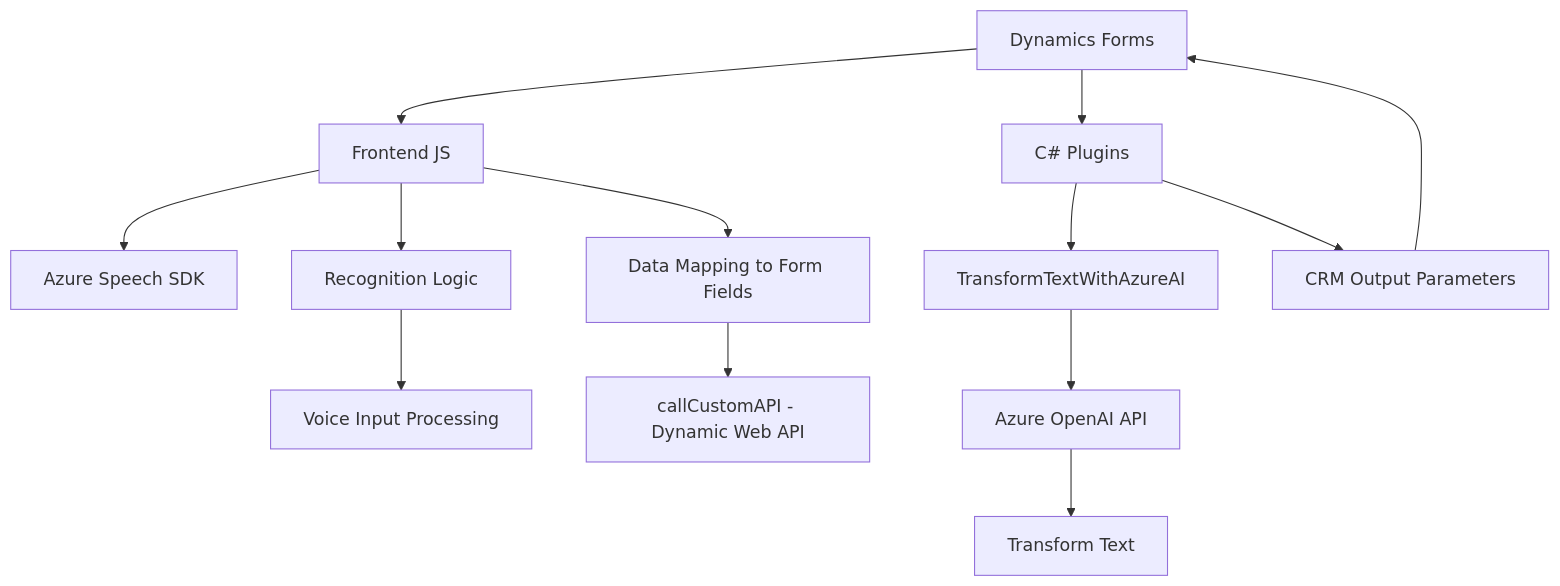
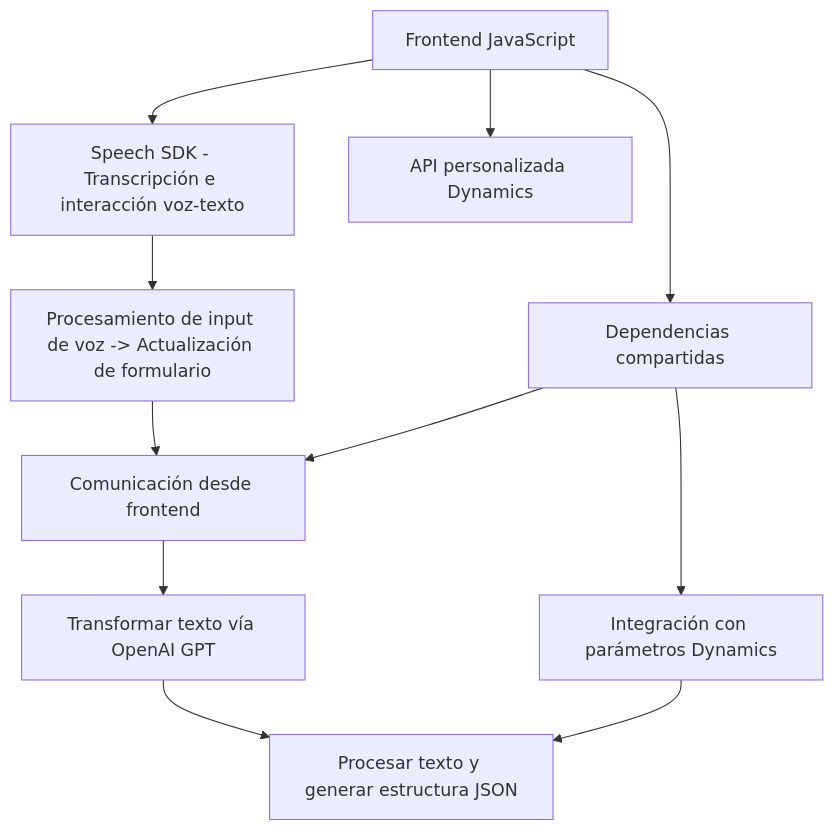
One commit to blopezdm/NETCORE_BILBAO2025 changed the diagram in README.md. Above: the diagram before and after it, drawn with Mermaid. The commit also changed other lines of this file, not shown here.

Commit message:
Actualizar análisis global de la solución con IA

````diff
--- a/README.md
+++ b/README.md
@@ -54,16 +50,16 @@
 ```mermaid
 graph TD
-    A["Dynamics Forms"] --> B["Frontend JS"]
-    B --> C["Azure Speech SDK"]
-    B --> D["Recognition Logic"]
-    D --> E["Voice Input Processing"]
-    B --> F["Data Mapping to Form Fields"]
-    F --> G["callCustomAPI - Dynamic Web API"]
+    A["Frontend JavaScript"] --> B["Speech SDK - Transcripción e interacción voz-texto"]
+    B --> C["Procesamiento de input de voz -> Actualización de formulario"]
+    A --> D["API personalizada Dynamics"]
+    
+    E["Backend Plugin"] --> F["Dynamics CRM Plugin"]
+    F --> G["Transformar texto vía OpenAI GPT"]
+    G --> H["Procesar texto y generar estructura JSON"]
 
-    A --> H["C# Plugins"]
-    H --> I["TransformTextWithAzureAI"]
-    I --> J["Azure OpenAI API"]
-    J --> K["Transform Text"]
-    H --> L["CRM Output Parameters"]
-    L --> A
+    E --> I["Integración con parámetros Dynamics"]
+    I --> H
+
+    A --> E["Dependencias compartidas"]
+    C --> F["Comunicación desde frontend"]
 ```
````
